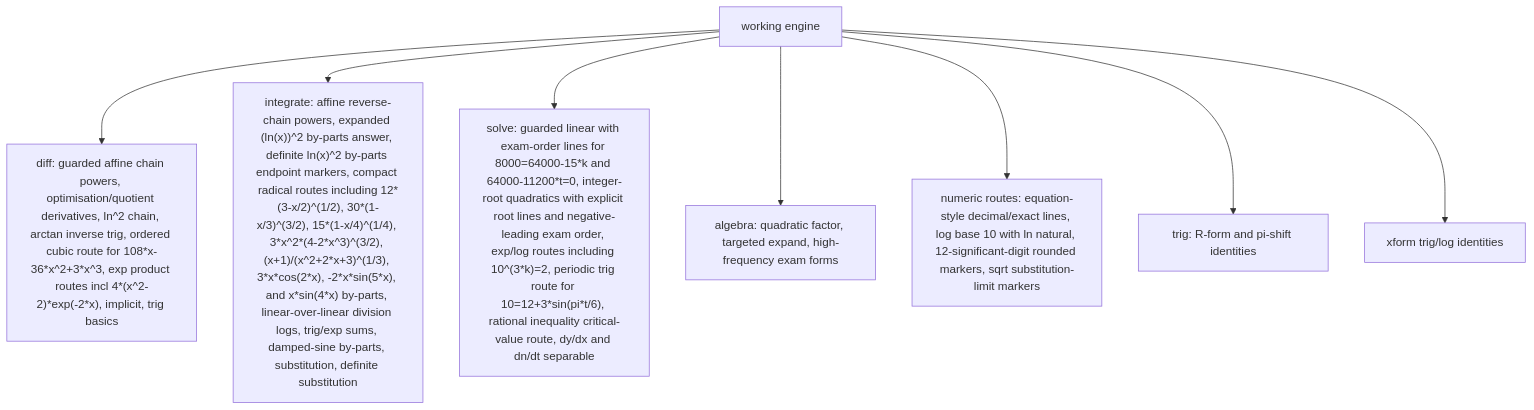
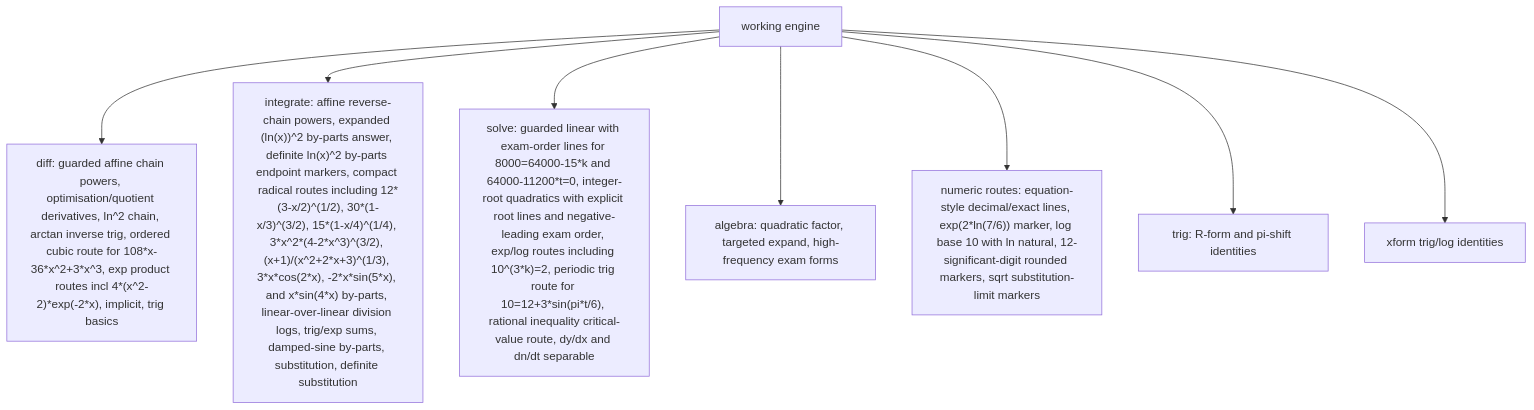
The third of 6 diagrams in docs/GRAPH.md (james8464/notes-addin-casio-fx-cg50), drawn with Mermaid before and after one commit. The commit also changed other lines of this file and 5 other files, not shown here.

````diff
--- a/docs/GRAPH.md
+++ b/docs/GRAPH.md
@@ -36,10 +36,10 @@
 ```mermaid
 graph TD
   Work["working engine"] --> Diff["diff: guarded affine chain powers, optimisation/quotient derivatives, ln^2 chain, arctan inverse trig, ordered cubic route for 108*x-36*x^2+3*x^3, exp product routes incl 4*(x^2-2)*exp(-2*x), implicit, trig basics"]
   Work --> Int["integrate: affine reverse-chain powers, expanded (ln(x))^2 by-parts answer, definite ln(x)^2 by-parts endpoint markers, compact radical routes including 12*(3-x/2)^(1/2), 30*(1-x/3)^(3/2), 15*(1-x/4)^(1/4), 3*x^2*(4-2*x^3)^(3/2), (x+1)/(x^2+2*x+3)^(1/3), 3*x*cos(2*x), -2*x*sin(5*x), and x*sin(4*x) by-parts, linear-over-linear division logs, trig/exp sums, damped-sine by-parts, substitution, definite substitution"]
   Work --> Solve["solve: guarded linear with exam-order lines for 8000=64000-15*k and 64000-11200*t=0, integer-root quadratics with explicit root lines and negative-leading exam order, exp/log routes including 10^(3*k)=2, periodic trig route for 10=12+3*sin(pi*t/6), rational inequality critical-value route, dy/dx and dn/dt separable"]
   Work --> Alg["algebra: quadratic factor, targeted expand, high-frequency exam forms"]
-  Work --> Num["numeric routes: equation-style decimal/exact lines, log base 10 with ln natural, 12-significant-digit rounded markers, sqrt substitution-limit markers"]
+  Work --> Num["numeric routes: equation-style decimal/exact lines, exp(2*ln(7/6)) marker, log base 10 with ln natural, 12-significant-digit rounded markers, sqrt substitution-limit markers"]
   Work --> Trig["trig: R-form and pi-shift identities"]
   Work --> Xform["xform trig/log identities"]
 ```
````
